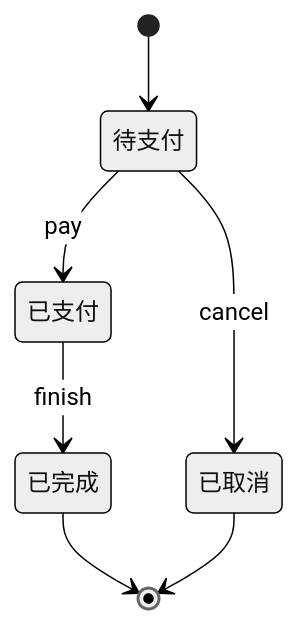
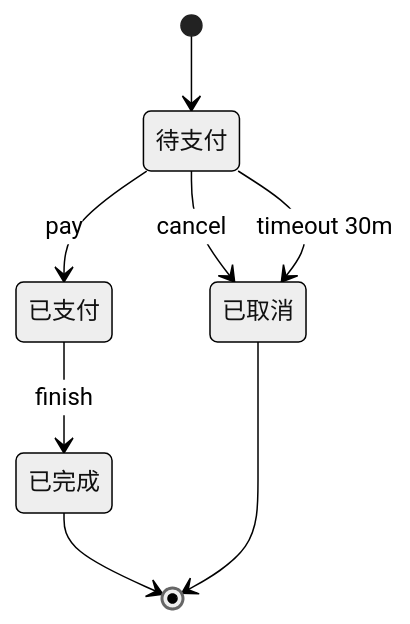
Before and after one commit to Yotoha0303/go-order-management-system-cloudnative-lab: the third of 4 diagrams in docs/order_flow.md, drawn with Mermaid (neutral theme). The commit also changed other lines of this file and 11 other files, not shown here.

````diff
--- a/docs/order_flow.md
+++ b/docs/order_flow.md
@@ -138,9 +141,10 @@
 ```mermaid
 stateDiagram-v2
     [*] --> 待支付
     待支付 --> 已支付: pay
     已支付 --> 已完成: finish
     待支付 --> 已取消: cancel
+    待支付 --> 已取消: timeout 30m
     已完成 --> [*]
     已取消 --> [*]
 ```
````
